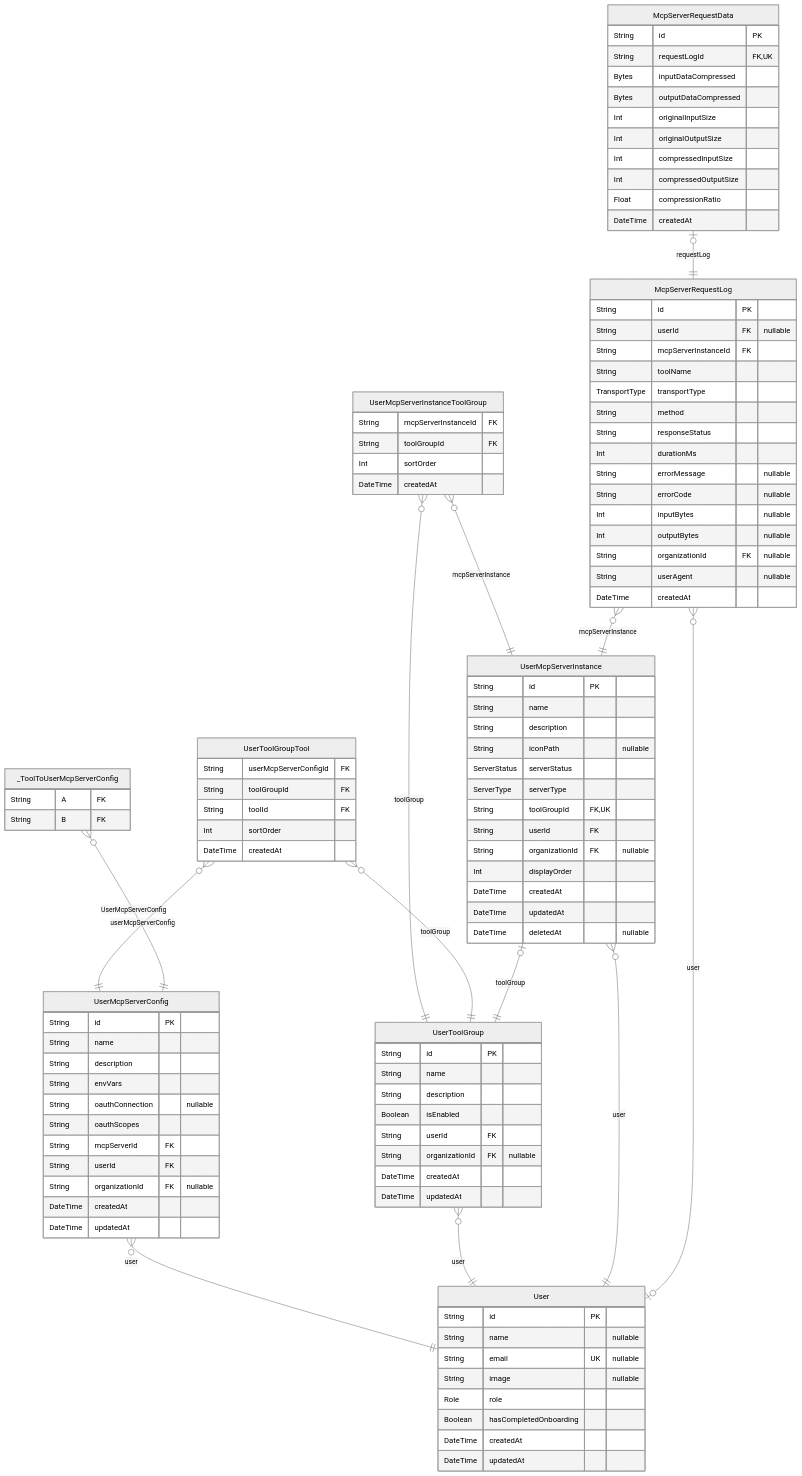
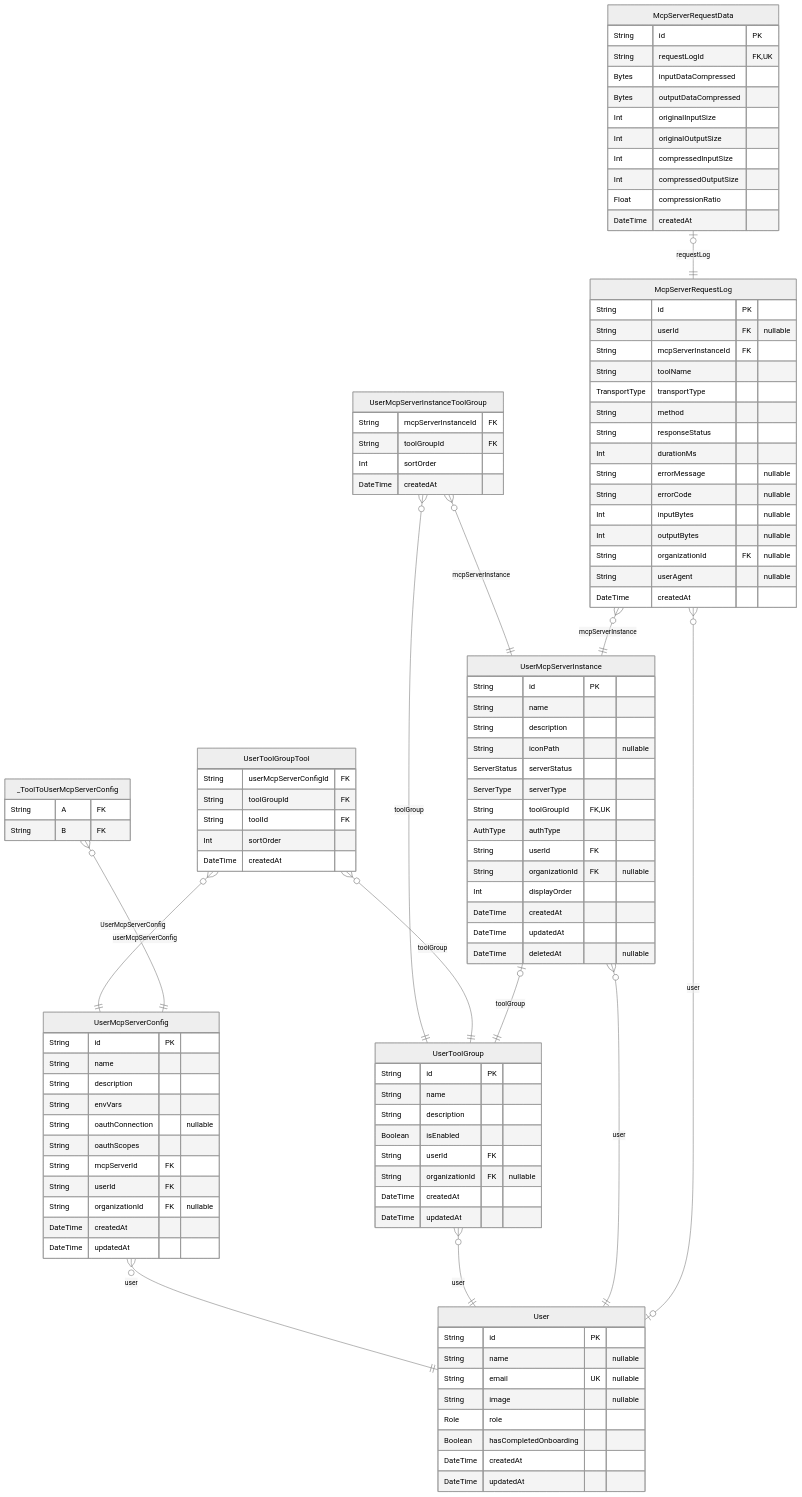
Before and after one commit to rayven122/tumiki: the fifth of 7 diagrams in packages/db/prisma/README.md, drawn with Mermaid (neutral theme). The commit also changed other lines of this file and 3 other files, not shown here.

```diff
--- a/packages/db/prisma/README.md
+++ b/packages/db/prisma/README.md
@@ -661,6 +663,7 @@
   ServerStatus serverStatus
   ServerType serverType
   String toolGroupId FK,UK
+  AuthType authType
   String userId FK
   String organizationId FK "nullable"
   Int displayOrder
```
